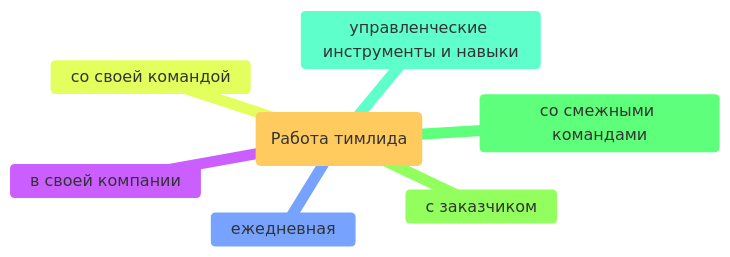
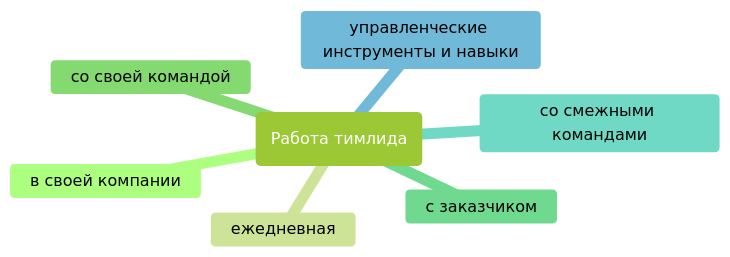
One commit to oinsio/teamlead-handbook changed the diagram in docs/Основные-обязанности-тимлида.md. Above: the diagram before and after it, drawn with Mermaid.

Commit message:
try to fix style for mermaid mindmap

````diff
--- a/docs/Основные-обязанности-тимлида.md
+++ b/docs/Основные-обязанности-тимлида.md
@@ -6,11 +6,11 @@
 ```mermaid
-%%{init: {'theme':'base'}}%%
+%%{init: {'theme':'forest'}}%%
 mindmap
   root(Работа тимлида)
     в своей компании
     eжедневная
     со своей командой
     с заказчиком
     со смежными командами
     yправленческие инструменты и навыки
 ```
````
